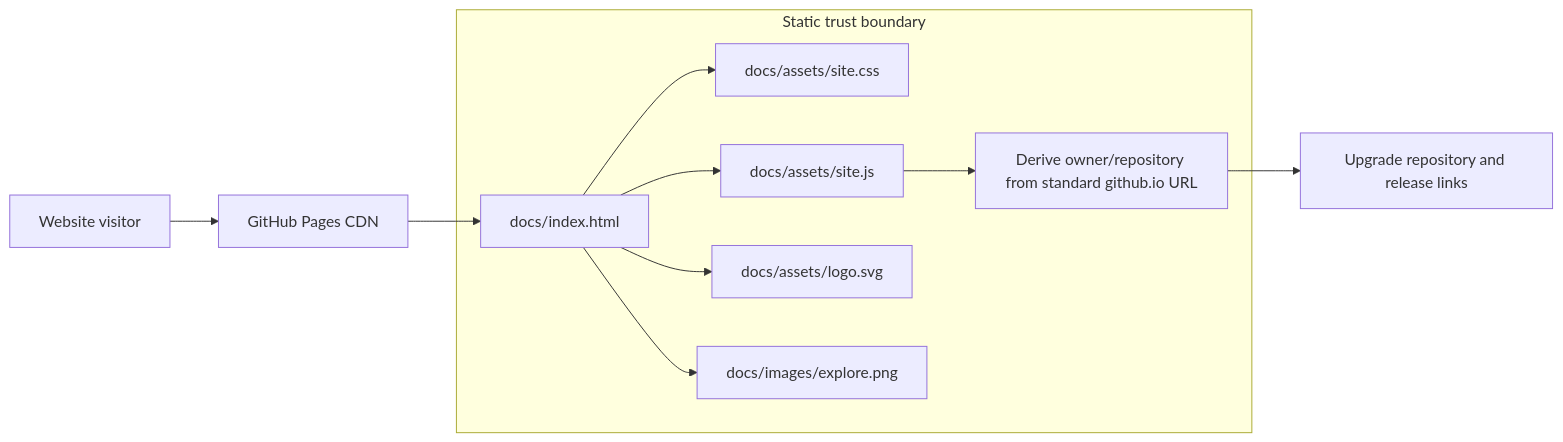
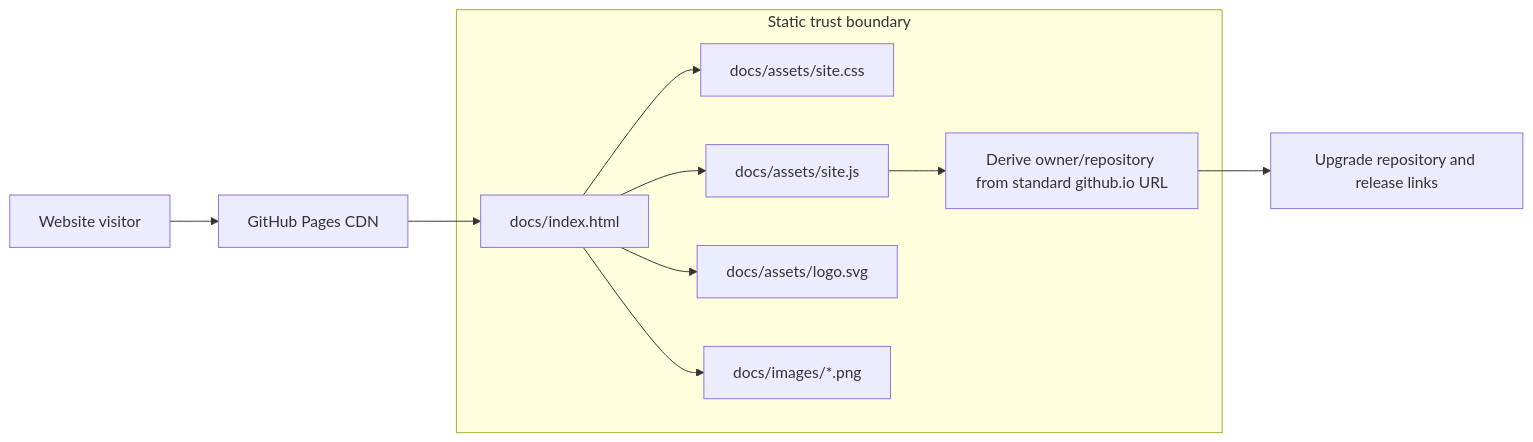
Before and after one commit to AungMyoKyaw/dhamma-echo: the first of 2 diagrams in docs/architecture/product-site.md, drawn with Mermaid. The commit also changed other lines of this file and 5 other files, not shown here.

````diff
--- a/docs/architecture/product-site.md
+++ b/docs/architecture/product-site.md
@@ -7,20 +7,20 @@
 ```mermaid
 flowchart LR
     visitor[Website visitor] --> pages[GitHub Pages CDN]
     pages --> html[docs/index.html]
     html --> css[docs/assets/site.css]
     html --> js[docs/assets/site.js]
     html --> logo[docs/assets/logo.svg]
-    html --> screenshot[docs/images/explore.png]
+    html --> screenshots[docs/images/*.png]
     js --> derive[Derive owner/repository from standard github.io URL]
     derive --> links[Upgrade repository and release links]
 
     subgraph Static trust boundary
       html
       css
       js
       logo
-      screenshot
+      screenshots
       derive
     end
 ```
````
